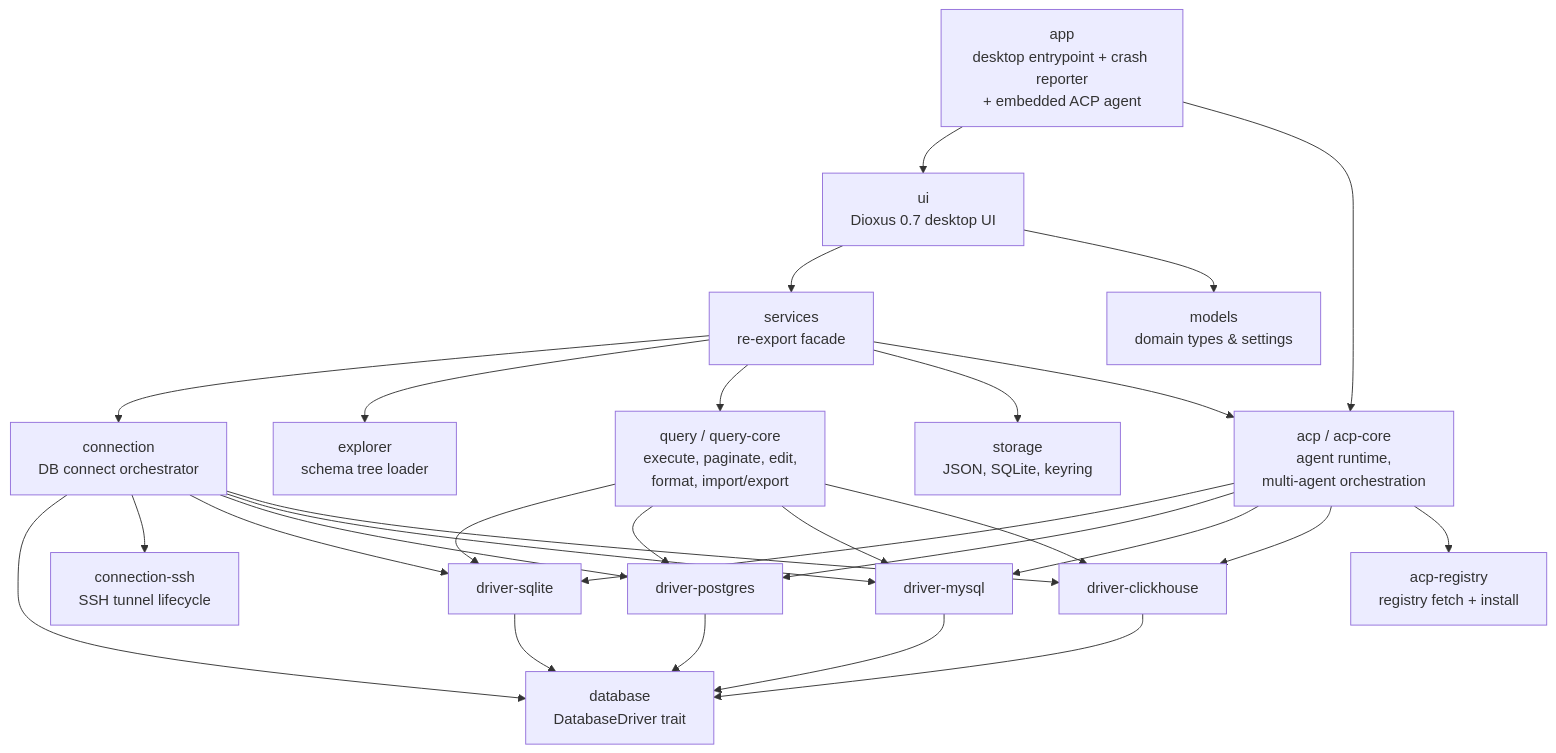
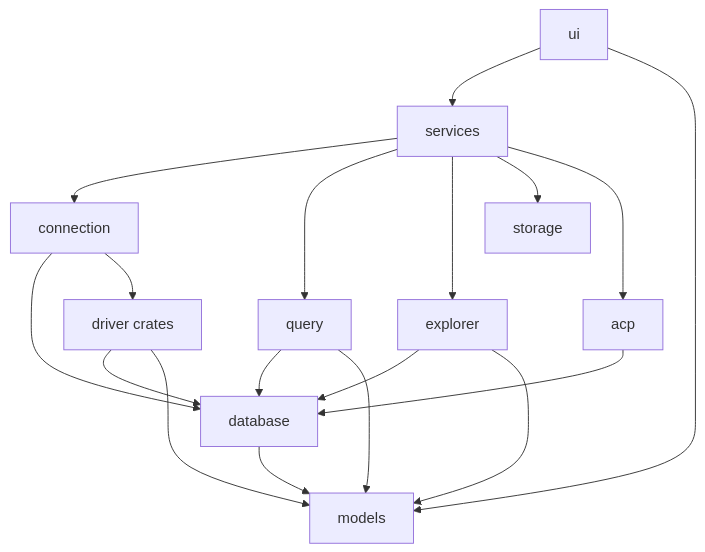
One commit to Fynth/Shovel changed the diagram in ARCHITECTURE.md. Above: the diagram before and after it, drawn with Mermaid. The commit also changed other lines of this file, not shown here.

Commit message:
docs: describe capability sessions and driver-owned SQL

````diff
--- a/ARCHITECTURE.md
+++ b/ARCHITECTURE.md
@@ -11,48 +20,20 @@
 ```mermaid
 graph TD
-    A[app<br/>desktop entrypoint + crash reporter<br/>+ embedded ACP agent]
-    U[ui<br/>Dioxus 0.7 desktop UI]
-    S[services<br/>re-export facade]
-    M[models<br/>domain types & settings]
-    ST[storage<br/>JSON, SQLite, keyring]
-    C[connection<br/>DB connect orchestrator]
-    CS[connection-ssh<br/>SSH tunnel lifecycle]
-    E[explorer<br/>schema tree loader]
-    Q[query / query-core<br/>execute, paginate, edit,<br/>format, import/export]
-    AC[acp / acp-core<br/>agent runtime,<br/>multi-agent orchestration]
-    AR[acp-registry<br/>registry fetch + install]
-    D1[driver-sqlite]
-    D2[driver-postgres]
-    D3[driver-mysql]
-    D4[driver-clickhouse]
-    DB[database<br/>DatabaseDriver trait]
-
-    A --> U
-    A --> AC
-    U --> S
-    U --> M
-    S --> C
-    S --> E
-    S --> Q
-    S --> ST
-    S --> AC
-    C --> DB
-    C --> CS
-    C --> D1
-    C --> D2
-    C --> D3
-    C --> D4
-    Q --> D1
-    Q --> D2
-    Q --> D3
-    Q --> D4
-    AC --> D1
-    AC --> D2
-    AC --> D3
-    AC --> D4
-    AC --> AR
-    D1 --> DB
-    D2 --> DB
-    D3 --> DB
-    D4 --> DB
+    UI[ui] --> S[services]
+    UI --> M[models]
+    S --> C[connection]
+    S --> Q[query]
+    S --> E[explorer]
+    S --> ST[storage]
+    S --> AC[acp]
+    C --> DB[database]
+    C --> D[driver crates]
+    Q --> DB
+    Q --> M
+    E --> DB
+    E --> M
+    D --> DB
+    D --> M
+    AC --> DB
+    DB --> M
 ```
````
